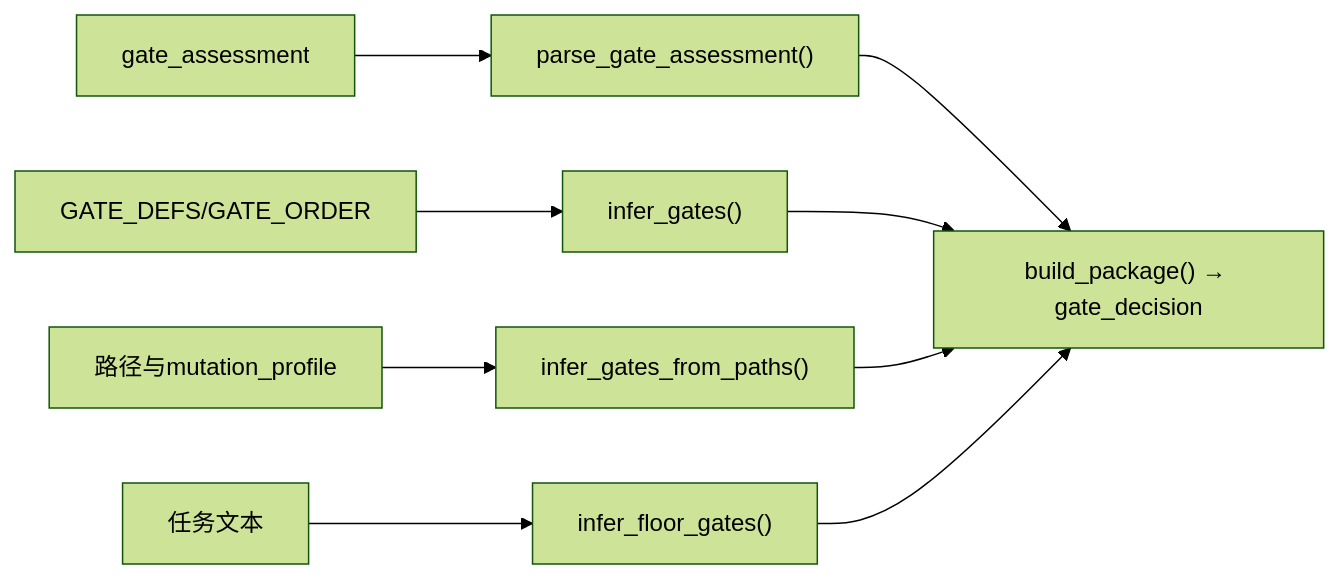
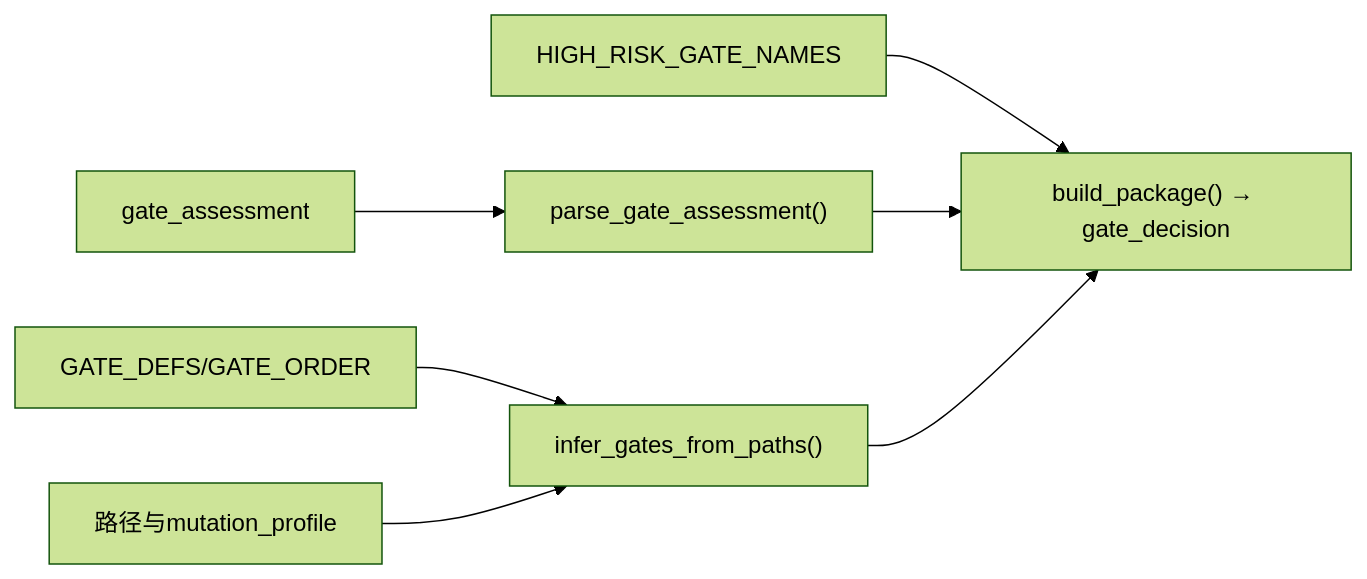
Before and after one commit to HackSing/docs-harness: the fourth of 4 diagrams in .qoder/repowiki/zh/content/核心概念/风险门控系统/Gate决策模式.md, drawn with Mermaid (forest theme). The commit also changed other lines of this file and 26 other files, not shown here.

````diff
--- a/.qoder/repowiki/zh/content/核心概念/风险门控系统/Gate决策模式.md
+++ b/.qoder/repowiki/zh/content/核心概念/风险门控系统/Gate决策模式.md
@@ -246,11 +251,9 @@
 ```mermaid
 graph LR
-GDEF["GATE_DEFS/GATE_ORDER"] --> INF["infer_gates()"]
-PATH["路径与mutation_profile"] --> IFP["infer_gates_from_paths()"]
-TASK["任务文本"] --> IFL["infer_floor_gates()"]
+GDEF["GATE_DEFS/GATE_ORDER"] --> IFP["infer_gates_from_paths()"]
+PATH["路径与mutation_profile"] --> IFP
 GA["gate_assessment"] --> PA["parse_gate_assessment()"]
-PA --> DEC["build_package() → gate_decision"]
-INF --> DEC
+HR["HIGH_RISK_GATE_NAMES"] --> DEC["build_package() → gate_decision"]
+PA --> DEC
 IFP --> DEC
-IFL --> DEC
 ```
````
